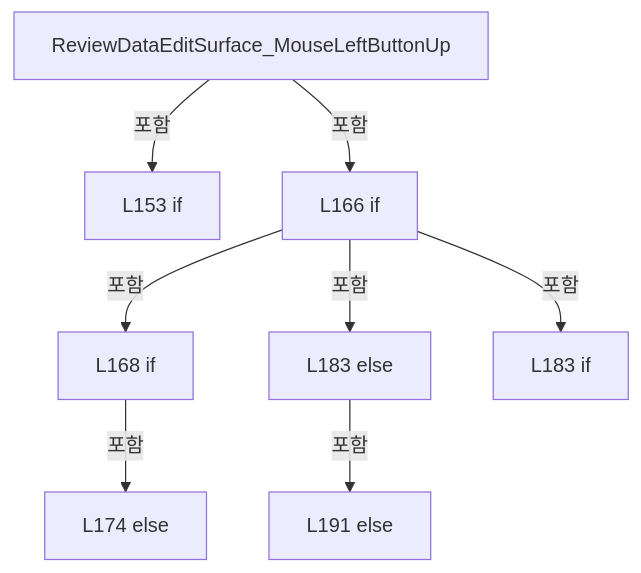
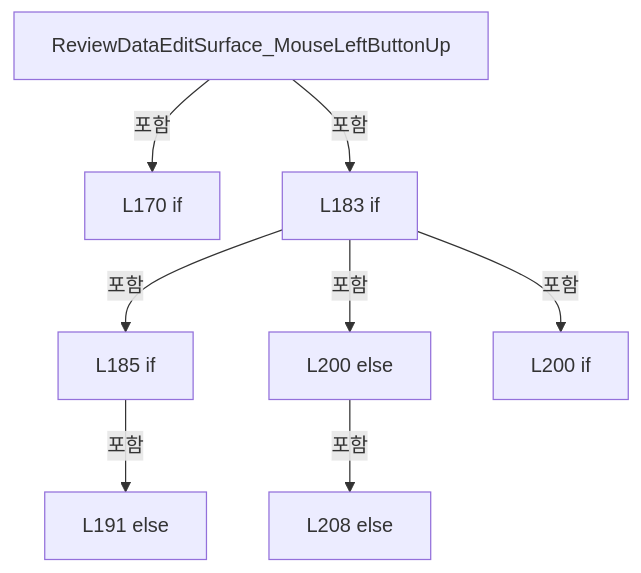
The seventh of 18 diagrams in A3 LD Code Ref/files/Drilling.UI/Views/CReviewDataView.xaml.cs.md (kjuws10-rgb/Shared), drawn with Mermaid before and after one commit. The commit also changed other lines of this file and 2071 other files, not shown here.

Commit message:
docs(a3): update 11.19.0 architecture and code reference

````diff
--- a/A3 LD Code Ref/files/Drilling.UI/Views/CReviewDataView.xaml.cs.md
+++ b/A3 LD Code Ref/files/Drilling.UI/Views/CReviewDataView.xaml.cs.md
@@ -703,18 +818,18 @@
 ```mermaid
 flowchart TD
  M["ReviewDataEditSurface_MouseLeftButtonUp"]
- N0["L153 if"]
+ N0["L170 if"]
  M -->|포함| N0
- N1["L166 if"]
+ N1["L183 if"]
  M -->|포함| N1
- N2["L168 if"]
+ N2["L185 if"]
  N1 -->|포함| N2
- N3["L174 else"]
+ N3["L191 else"]
  N2 -->|포함| N3
- N4["L183 else"]
+ N4["L200 else"]
  N1 -->|포함| N4
- N5["L183 if"]
+ N5["L200 if"]
  N1 -->|포함| N5
- N6["L191 else"]
+ N6["L208 else"]
  N4 -->|포함| N6
 ```
````
